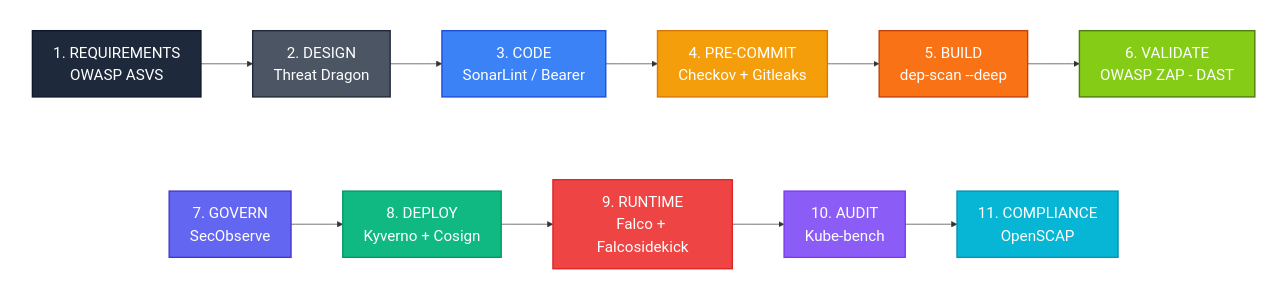
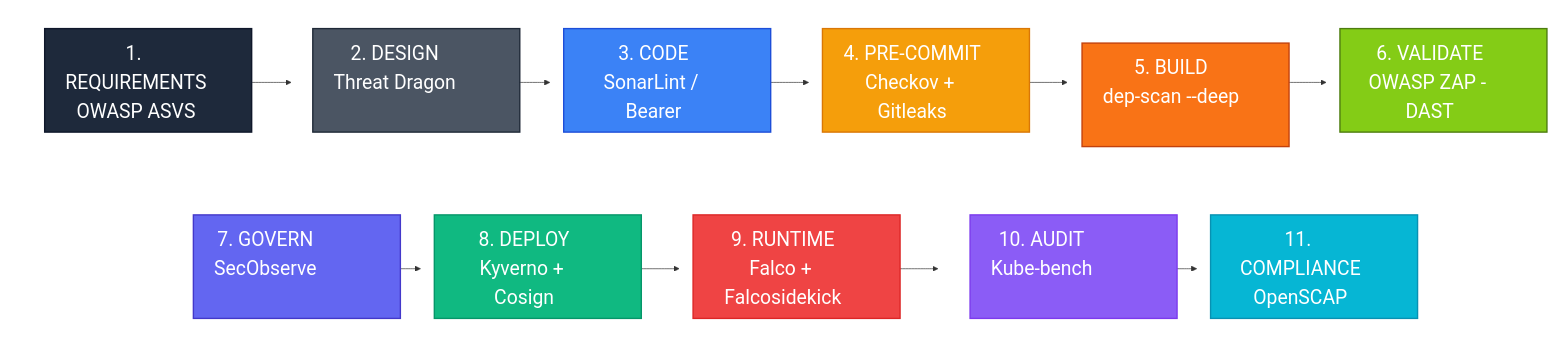
The first of 3 diagrams in test-guide.md (dimk1301/Guides), drawn with Mermaid before and after one commit.

````diff
--- a/test-guide.md
+++ b/test-guide.md
@@ -25,36 +25,36 @@
 ```mermaid
 flowchart TD
-    %% Define a custom class with your target font size
-    classDef bigText font-size:22px;
+    %% Define font size AND exact dimensions so all boxes match
+    classDef uniformSize font-size:28px,width:300px,height:150px;
 
     subgraph Row1 [" "]
         direction LR
-        1[1. REQUIREMENTS<br/>OWASP ASVS] --> 2[2. DESIGN<br/>Threat Dragon] --> 3[3. CODE<br/>SonarLint / Bearer] --> 4[4. PRE-COMMIT<br/>Checkov + Gitleaks] --> 5[5. BUILD<br/>dep-scan --deep] --> 6[6. VALIDATE<br/>OWASP ZAP - DAST]
+        1[1. REQUIREMENTS<br/>OWASP ASVS] --> 2[2. DESIGN<br/>Threat Dragon <br/><br/>] --> 3[3. CODE<br/>SonarLint / Bearer] --> 4[4. PRE-COMMIT<br/>Checkov + Gitleaks] --> 5[5. BUILD<br/>dep-scan --deep] --> 6[6. VALIDATE<br/>OWASP ZAP - DAST]
     end
 
     Row1 ~~~ Row2
 
     subgraph Row2 [" "]
         direction LR
-        7[7. GOVERN<br/>SecObserve] --> 8[8. DEPLOY<br/>Kyverno + Cosign] --> 9[9. RUNTIME<br/>Falco + Falcosidekick] --> 10[10. AUDIT<br/>Kube-bench] --> 11[11. COMPLIANCE<br/>OpenSCAP]
+        7[7. GOVERN<br/>SecObserve <br/><br/>] --> 8[8. DEPLOY<br/>Kyverno + Cosign] --> 9[9. RUNTIME<br/>Falco + Falcosidekick] --> 10[10. AUDIT<br/>Kube-bench <br/><br/>] --> 11[11. COMPLIANCE<br/>OpenSCAP]
     end
 
     style Row1 fill:none,stroke:none
     style Row2 fill:none,stroke:none
 
-    %% Apply the custom class to all nodes
-    class 1,2,3,4,5,6,7,8,9,10,11 bigText;
+    %% Apply the uniform sizing class to all nodes
+    class 1,2,3,4,5,6,7,8,9,10,11 uniformSize;
 
+    %% Your original color styling remains intact
     style 1 fill:#1E293B,stroke:#0F172A,stroke-width:2px,color:#fff
     style 2 fill:#4B5563,stroke:#1F2937,stroke-width:2px,color:#fff
     style 3 fill:#3B82F6,stroke:#1D4ED8,stroke-width:2px,color:#fff
     style 4 fill:#F59E0B,stroke:#D97706,stroke-width:2px,color:#fff
     style 5 fill:#F97316,stroke:#C2410C,stroke-width:2px,color:#fff
     style 6 fill:#84CC16,stroke:#4D7C0F,stroke-width:2px,color:#fff
     style 7 fill:#6366F1,stroke:#4338CA,stroke-width:2px,color:#fff
     style 8 fill:#10B981,stroke:#059669,stroke-width:2px,color:#fff
     style 9 fill:#EF4444,stroke:#DC2626,stroke-width:2px,color:#fff
     style 10 fill:#8B5CF6,stroke:#7C3AED,stroke-width:2px,color:#fff
     style 11 fill:#06B6D4,stroke:#0891B2,stroke-width:2px,color:#fff
-
 ```
````
